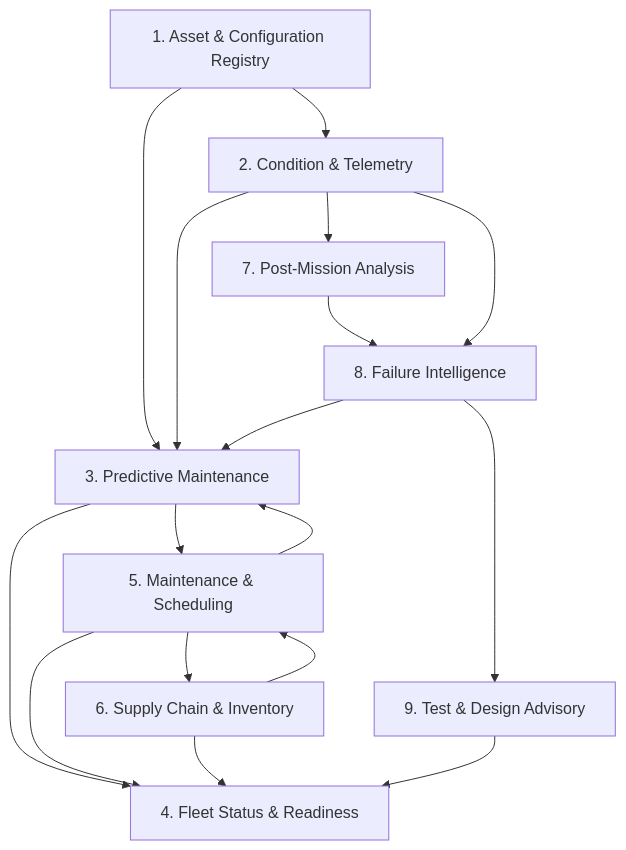
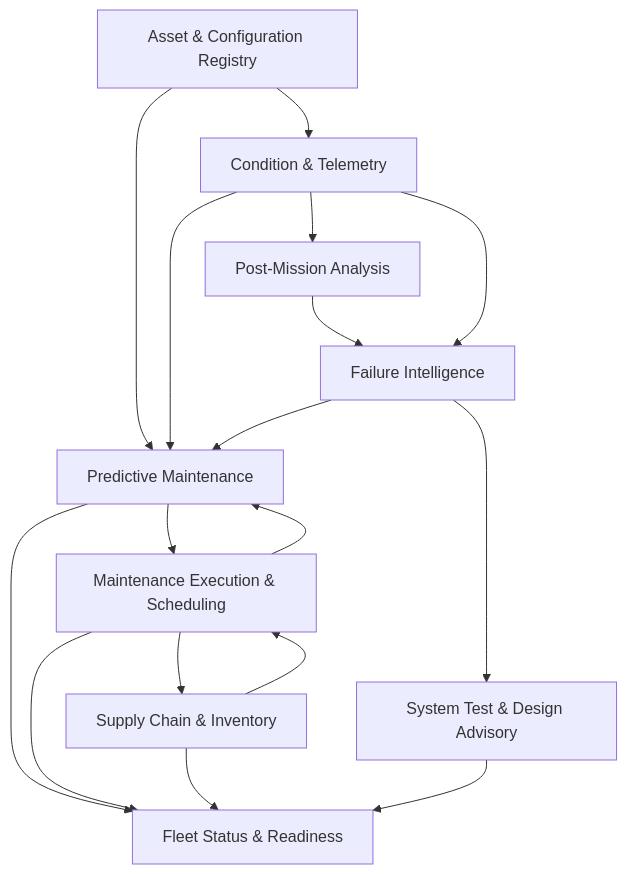
The diagram in docs/architecture/04-subapplication-architectures.md (DDL-Mike-Snyder/predictive_maintenance), drawn with Mermaid before and after one commit. The commit also changed other lines of this file and 7 other files, not shown here.

````diff
--- a/docs/architecture/04-subapplication-architectures.md
+++ b/docs/architecture/04-subapplication-architectures.md
@@ -22,29 +29,29 @@
 ```mermaid
 graph TB
-    REG[1. Asset & Configuration Registry]
-    TEL[2. Condition & Telemetry]
-    PDM[3. Predictive Maintenance]
-    FS[4. Fleet Status & Readiness]
-    SCH[5. Maintenance & Scheduling]
-    SUP[6. Supply Chain & Inventory]
-    PMA[7. Post-Mission Analysis]
-    FI[8. Failure Intelligence]
-    DES[9. Test & Design Advisory]
+    REG[Asset & Configuration Registry]
+    TEL[Condition & Telemetry]
+    PDM[Predictive Maintenance]
+    FS[Fleet Status & Readiness]
+    SCH[Maintenance Execution & Scheduling]
+    SUP[Supply Chain & Inventory]
+    PMA[Post-Mission Analysis]
+    FI[Failure Intelligence]
+    DES[System Test & Design Advisory]
 
     REG --> TEL
     REG --> PDM
     TEL --> PDM
     TEL --> PMA
     PDM --> FS
     PDM --> SCH
     SCH --> SUP
     SUP --> SCH
     SCH --> PDM
     PMA --> FI
     TEL --> FI
     FI --> PDM
     FI --> DES
     SCH --> FS
     SUP --> FS
     DES --> FS
 ```
````
